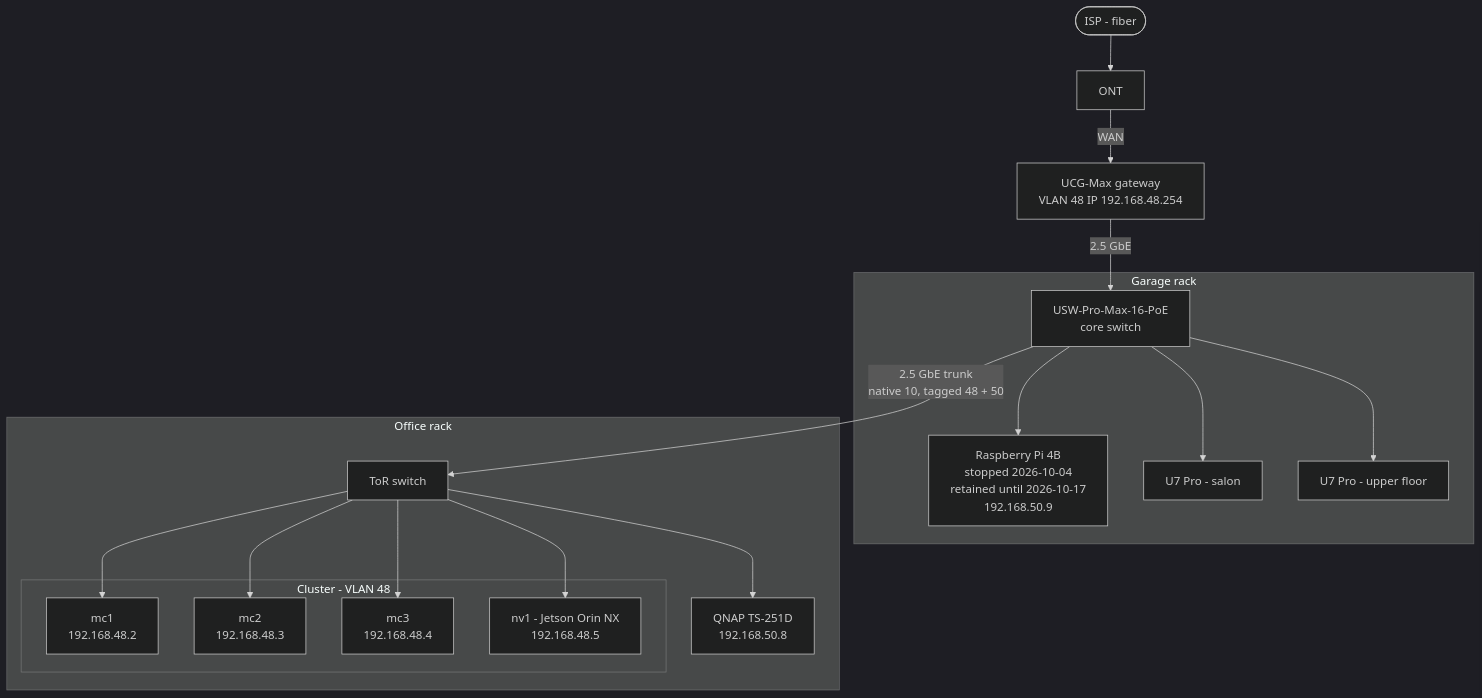
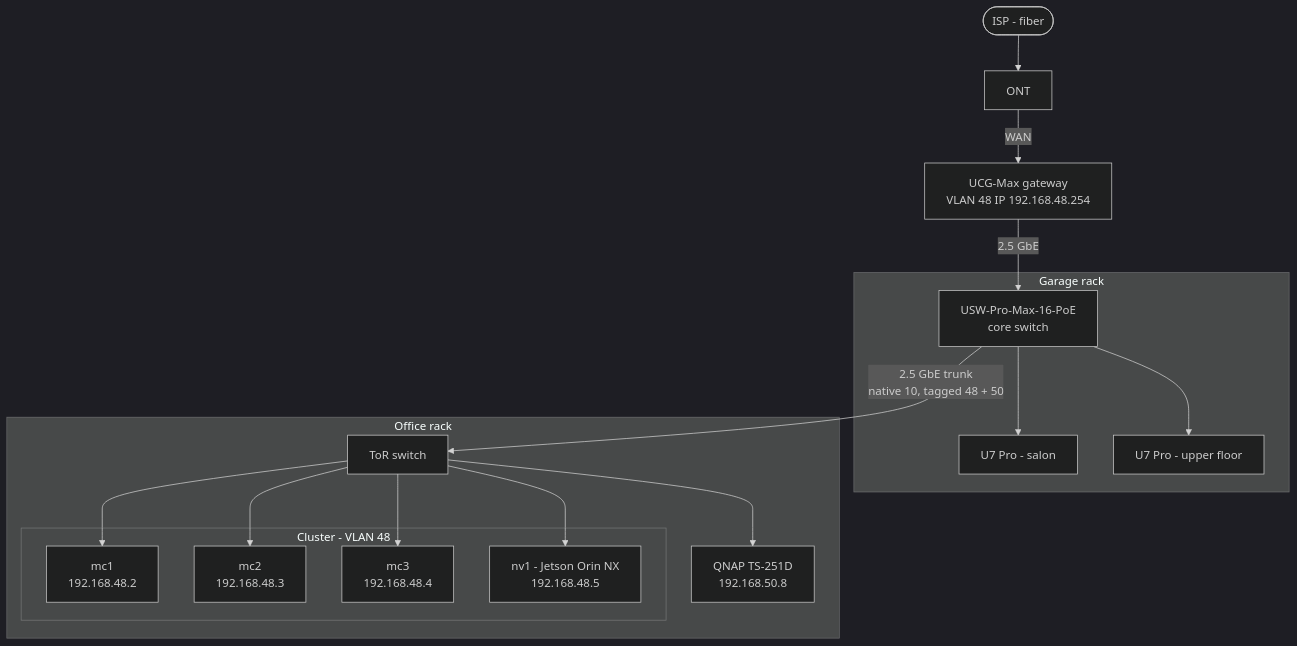
Before and after one commit to mmalyska/home-ops: the diagram in docs/src/general/network.md, drawn with Mermaid (dark theme). The commit also changed other lines of this file and 8 other files, not shown here.

````diff
--- a/docs/src/general/network.md
+++ b/docs/src/general/network.md
@@ -10,38 +10,36 @@
 ```mermaid
 flowchart TB
     ISP([ISP - fiber])
     ONT[ONT]
     UCG[UCG-Max gateway\nVLAN 48 IP 192.168.48.254]
 
     subgraph GAR[Garage rack]
         SW[USW-Pro-Max-16-PoE\ncore switch]
-        RPi[Raspberry Pi 4B\nstopped 2026-10-04\nretained until 2026-10-17\n192.168.50.9]
         AP1[U7 Pro - salon]
         AP2[U7 Pro - upper floor]
     end
 
     subgraph OFF[Office rack]
         ToR[ToR switch]
         QNAP[QNAP TS-251D\n192.168.50.8]
 
         subgraph K8S[Cluster - VLAN 48]
             mc1[mc1\n192.168.48.2]
             mc2[mc2\n192.168.48.3]
             mc3[mc3\n192.168.48.4]
             nv1[nv1 - Jetson Orin NX\n192.168.48.5]
         end
     end
 
     ISP --> ONT
     ONT -->|WAN| UCG
     UCG -->|2.5 GbE| SW
-    SW --> RPi
     SW --> AP1
     SW --> AP2
     SW -->|2.5 GbE trunk\nnative 10, tagged 48 + 50| ToR
     ToR --> mc1
     ToR --> mc2
     ToR --> mc3
     ToR --> nv1
     ToR --> QNAP
 ```
````
